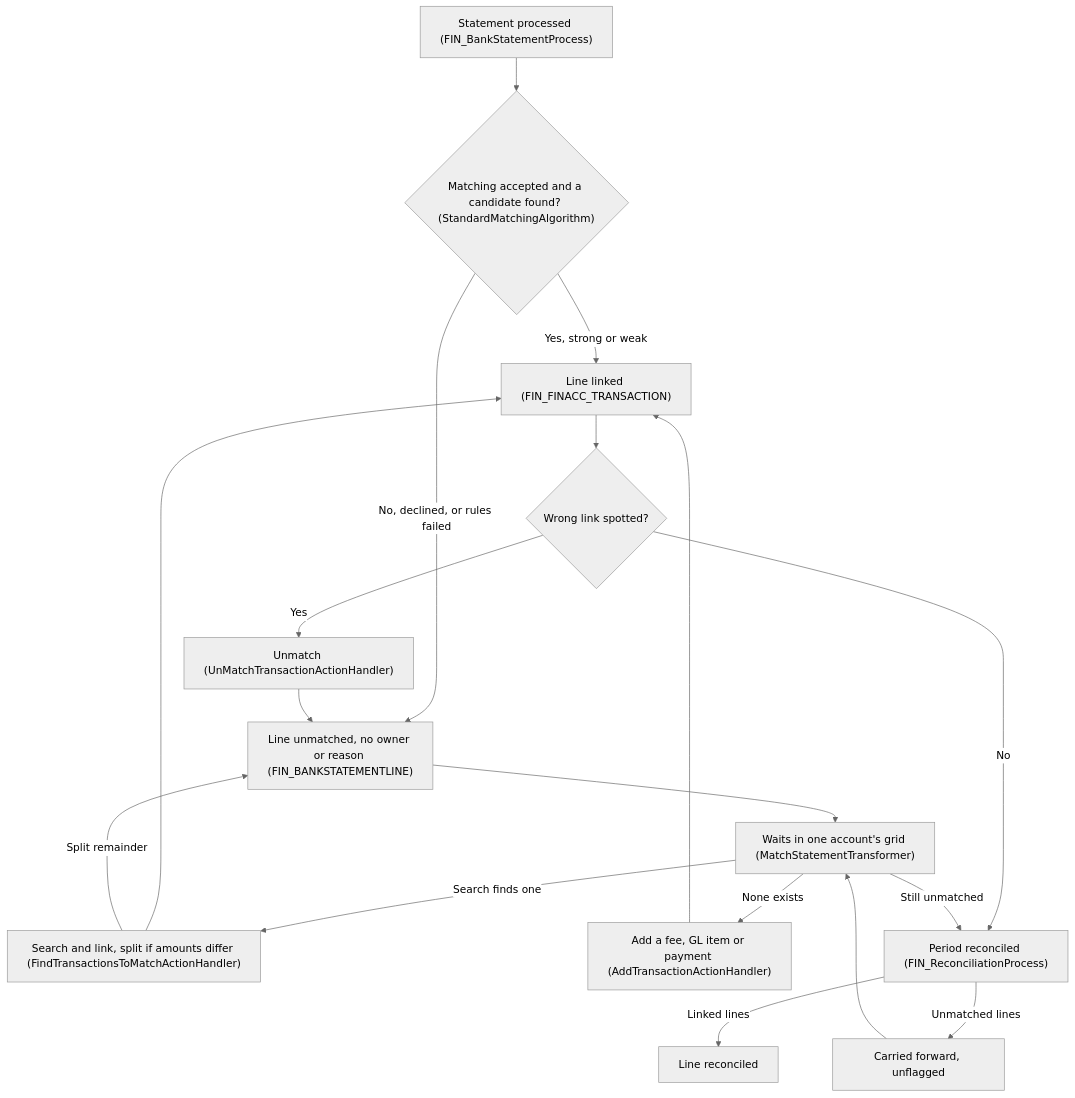
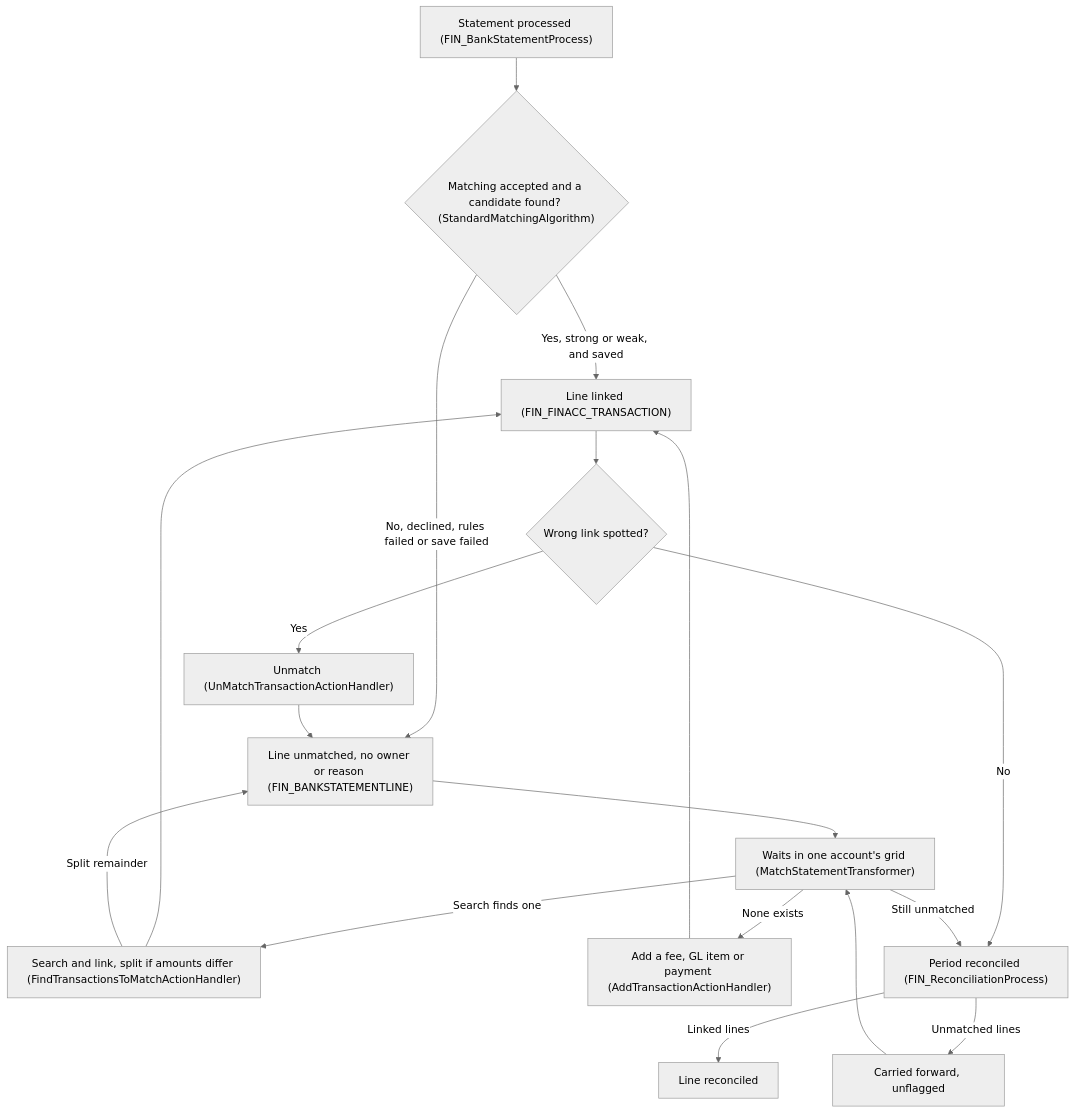
One commit to blitzy-public-samples/openbravo-erp changed the ninth of 9 diagrams in docs/analysis/analysis-1-current-state-reconciliation.md. Above: the diagram before and after it, drawn with Mermaid (neutral theme). The commit also changed other lines of this file and 1 other file, not shown here.

````diff
--- a/docs/analysis/analysis-1-current-state-reconciliation.md
+++ b/docs/analysis/analysis-1-current-state-reconciliation.md
@@ -509,20 +511,22 @@
 ```mermaid
 flowchart TD
+    accTitle: Figure 9. Lifecycle of an Unmatched Statement Line
+    accDescr: A line moves from processing to reconciliation or carry-forward.
     A["Statement processed (FIN_BankStatementProcess)"] --> B{"Matching accepted and a candidate found? (StandardMatchingAlgorithm)"}
-    B -->|"Yes, strong or weak"| L["Line linked (FIN_FINACC_TRANSACTION)"]
-    B -->|"No, declined, or rules failed"| U["Line unmatched, no owner or reason (FIN_BANKSTATEMENTLINE)"]
+    B -->|"Yes, strong or weak, and saved"| L["Line linked (FIN_FINACC_TRANSACTION)"]
+    B -->|"No, declined, rules failed or save failed"| U["Line unmatched, no owner or reason (FIN_BANKSTATEMENTLINE)"]
     U --> G["Waits in one account's grid (MatchStatementTransformer)"]
     G -->|"Search finds one"| S["Search and link, split if amounts differ (FindTransactionsToMatchActionHandler)"]
     G -->|"None exists"| D["Add a fee, GL item or payment (AddTransactionActionHandler)"]
     S --> L
     S -->|"Split remainder"| U
     D --> L
     L --> W{"Wrong link spotted?"}
     W -->|"Yes"| X["Unmatch (UnMatchTransactionActionHandler)"]
     X --> U
     W -->|"No"| R["Period reconciled (FIN_ReconciliationProcess)"]
     G -->|"Still unmatched"| R
     R -->|"Linked lines"| C["Line reconciled"]
     R -->|"Unmatched lines"| F["Carried forward, unflagged"]
     F --> G
 ```
````
